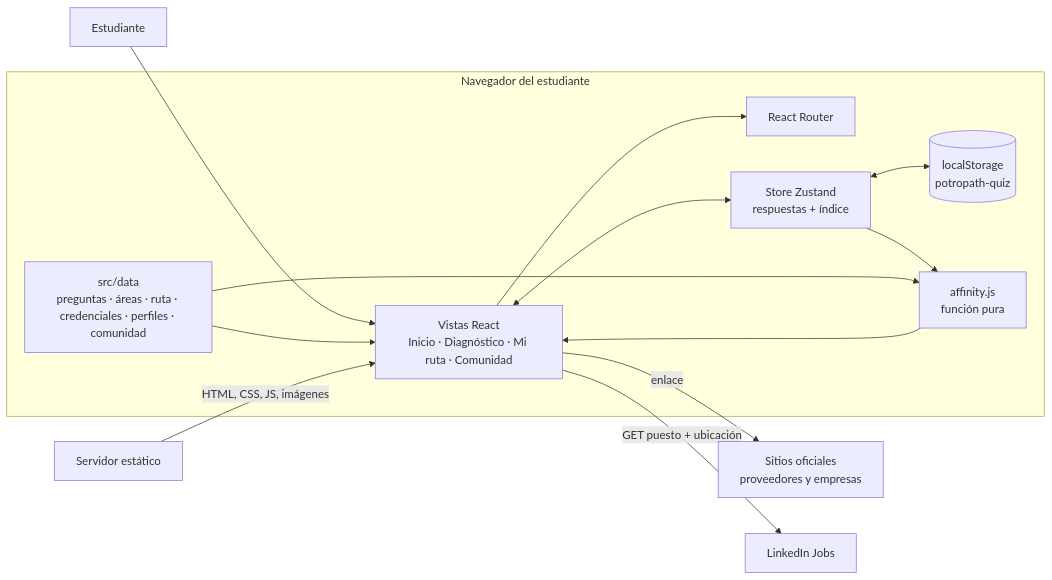
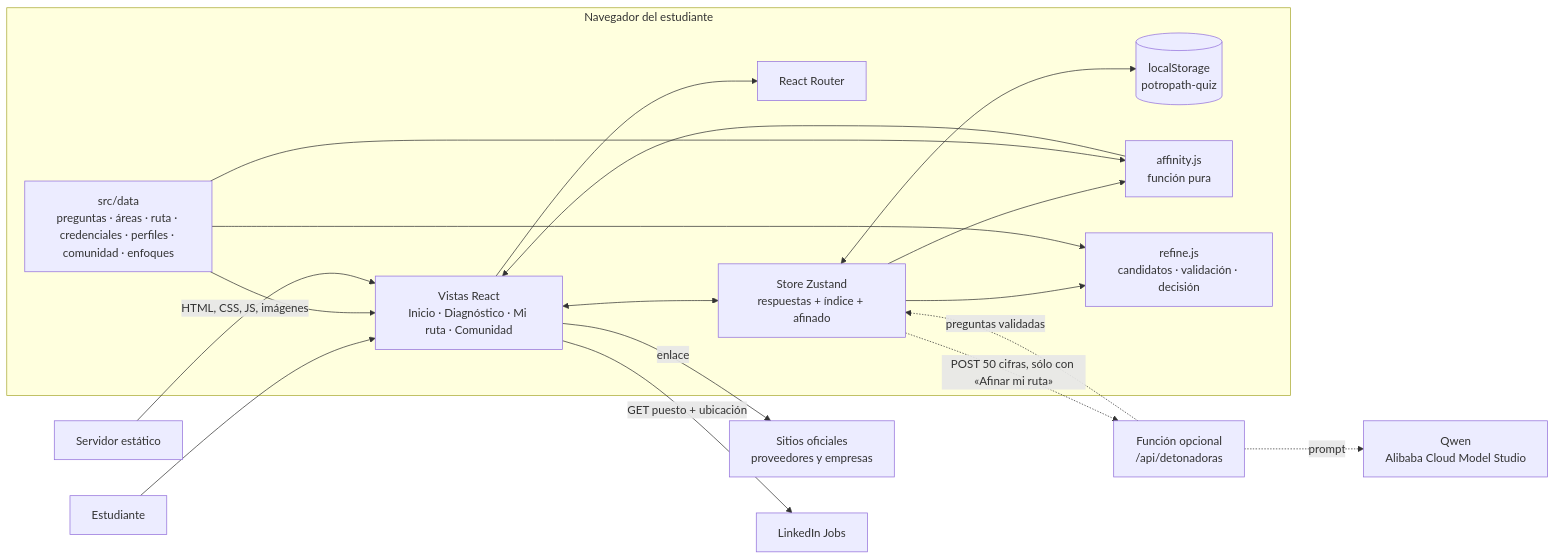
Before and after one commit to RogelioZu/PotroHub: the first of 4 diagrams in docs/ARQUITECTURA.md, drawn with Mermaid. The commit also changed other lines of this file and 5 other files, not shown here.

````diff
--- a/docs/ARQUITECTURA.md
+++ b/docs/ARQUITECTURA.md
@@ -12,22 +19,28 @@
 ```mermaid
 flowchart LR
   subgraph Navegador del estudiante
     UI[Vistas React<br/>Inicio · Diagnóstico · Mi ruta · Comunidad]
     R[React Router]
-    S[Store Zustand<br/>respuestas + índice]
+    S[Store Zustand<br/>respuestas + índice + afinado]
     L[(localStorage<br/>potropath-quiz)]
     F[affinity.js<br/>función pura]
-    D[src/data<br/>preguntas · áreas · ruta · credenciales · perfiles · comunidad]
+    RF[refine.js<br/>candidatos · validación · decisión]
+    D[src/data<br/>preguntas · áreas · ruta · credenciales · perfiles · comunidad · enfoques]
   end
   E[Estudiante] --> UI
   UI --> R
   UI <--> S
   S <--> L
   D --> UI
   S --> F
   D --> F
   F --> UI
   UI -- enlace --> X[Sitios oficiales<br/>proveedores y empresas]
   UI -- GET puesto + ubicación --> LI[LinkedIn Jobs]
   H[Servidor estático] -- HTML, CSS, JS, imágenes --> UI
+  S -. "POST 50 cifras, sólo con «Afinar mi ruta»" .-> API[Función opcional<br/>/api/detonadoras]
+  API -. prompt .-> QW[Qwen<br/>Alibaba Cloud Model Studio]
+  API -. preguntas validadas .-> S
+  S --> RF
+  D --> RF
 ```
````
